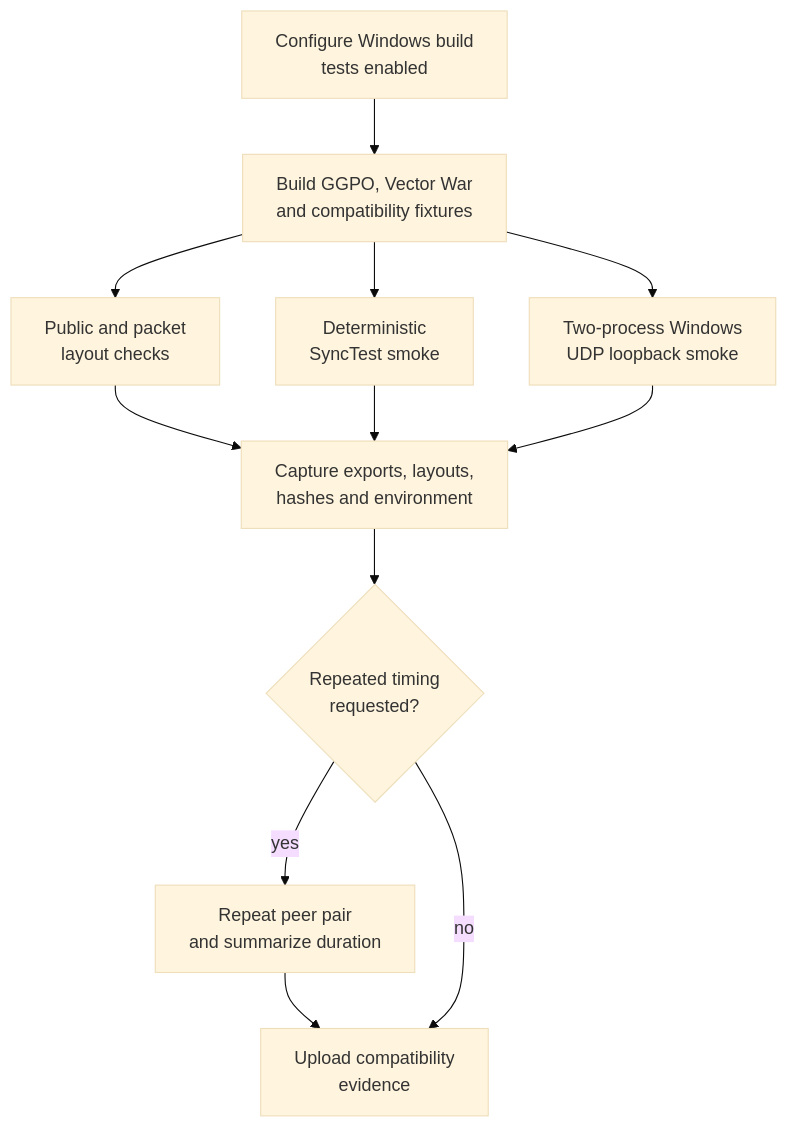
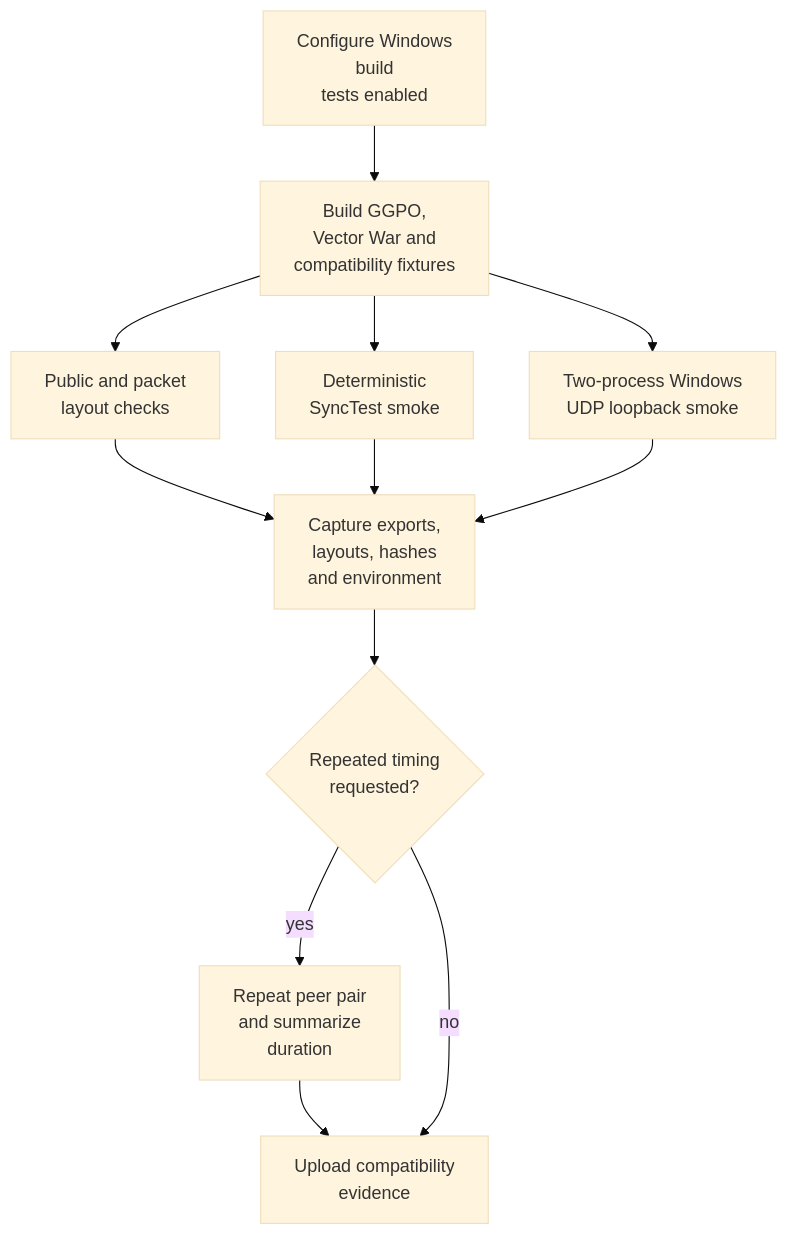
One commit to irregularthanis/ggpo-next changed the first of 3 diagrams in doc/architecture/Testing.md. Above: the diagram before and after it, drawn with Mermaid (base theme). The commit also changed other lines of this file and 9 other files, not shown here.

Commit message:
docs: wrap Mermaid diagram labels

````diff
--- a/doc/architecture/Testing.md
+++ b/doc/architecture/Testing.md
@@ -41,23 +41,23 @@
 ```mermaid
 flowchart TD
-    Configure["Configure Windows build<br/>tests enabled"]
-    Build["Build GGPO, Vector War<br/>and compatibility fixtures"]
+    Configure["Configure Windows<br/>build<br/>tests enabled"]
+    Build["Build GGPO,<br/>Vector War and<br/>compatibility fixtures"]
     Layout["Public and packet<br/>layout checks"]
     Sync["Deterministic<br/>SyncTest smoke"]
     Peers["Two-process Windows<br/>UDP loopback smoke"]
-    Capture["Capture exports, layouts,<br/>hashes and environment"]
+    Capture["Capture exports,<br/>layouts, hashes<br/>and environment"]
     Noise{"Repeated timing<br/>requested?"}
-    Repeat["Repeat peer pair<br/>and summarize duration"]
+    Repeat["Repeat peer pair<br/>and summarize<br/>duration"]
     Evidence["Upload compatibility<br/>evidence"]
 
     Configure --> Build
     Build --> Layout
     Build --> Sync
     Build --> Peers
     Layout --> Capture
     Sync --> Capture
     Peers --> Capture
     Capture --> Noise
     Noise -->|"yes"| Repeat --> Evidence
     Noise -->|"no"| Evidence
 ```
````
